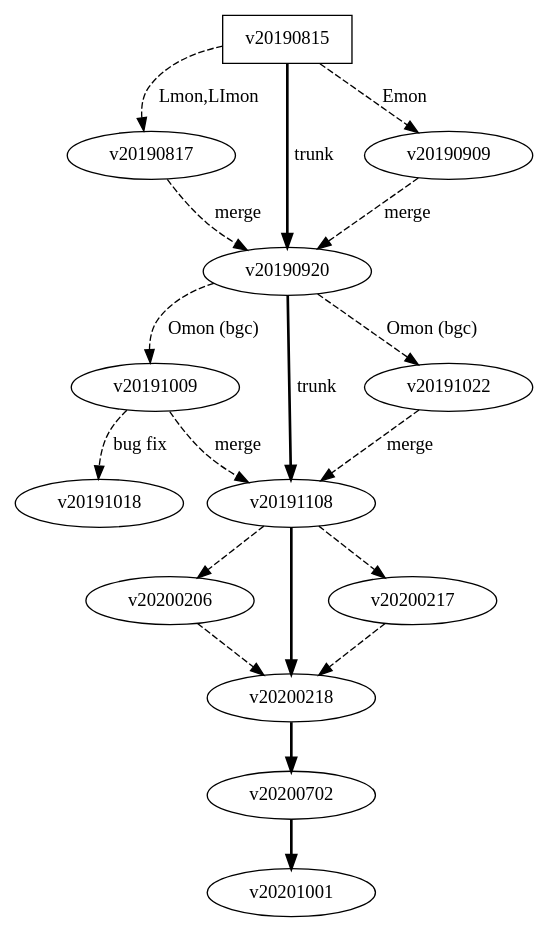
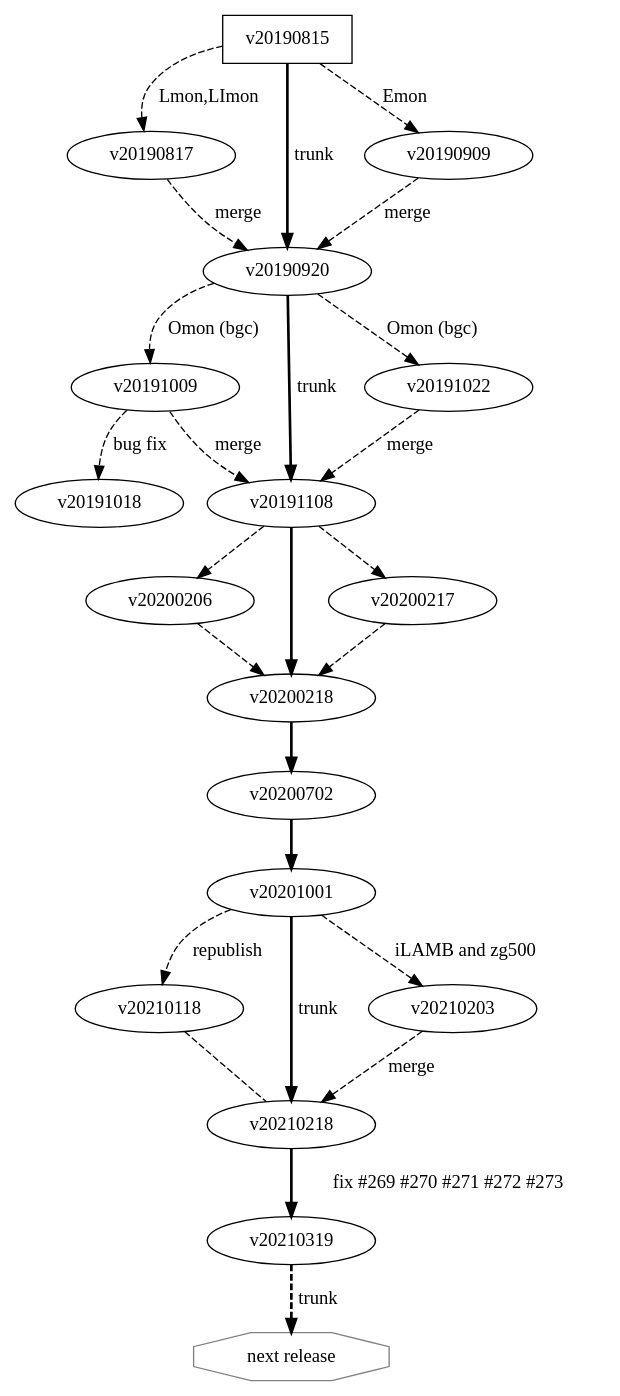
The diagram in versions/versions.gv (NorESMhub/noresm2cmor), drawn with Graphviz before and after one commit. The commit also changed 536 other files, not shown here.

```diff
--- a/versions/versions.gv
+++ b/versions/versions.gv
@@ -1,23 +1,31 @@
  digraph G {
    v20190815 [shape=box;label="v20190815"];
    //v20190920 [shape=box];
    //v20191108 [shape=box];
    v20190815 -> v20190817 [style=dashed,label="Lmon,LImon"];
    v20190815 -> v20190920 [penwidth=2.0,weight="2",label="trunk"];
    v20190815 -> v20190909 [style=dashed,label="Emon"];
    v20190817 -> v20190920 [style=dashed,label="merge"];
    v20190909 -> v20190920 [style=dashed,label="merge"];
    v20190920 -> v20191009 [style=dashed,weight="1",label="Omon (bgc)"];
    v20190920 -> v20191108 [penwidth=2.0,wegith="2",label="trunk"];
    v20190920 -> v20191022 [style=dashed,weight="1",label="Omon (bgc)"];
    v20191009 -> v20191018 [style=dashed,wegith="1",label="bug fix"];
    v20191009 -> v20191108 [style=dashed,wegith="1",label="merge"];
    v20191022 -> v20191108 [style=dashed,wegith="1",label="merge"];
    v20191108 -> v20200206 [style=dashed,weigth="1"];
    v20200206 -> v20200218 [style=dashed,weigth="1"];
    v20191108 -> v20200218 [penwidth=2.0,weigth="2"];
    v20191108 -> v20200217 [style=dashed,weigth="1"];
    v20200217 -> v20200218 [style=dashed,weigth="1"];
    v20200218 -> v20200702 [penwidth=2.0,weigth="2"];
    v20200702 -> v20201001 [penwidth=2.0,weigth="2"];
+   v20201001 -> v20210118 [penwidth=1.0,style=dashed,weigth="1",label="republish"];
+   v20210118 -> v20210218 [penwidth=1.0,arrowhead=none,style=dashed,weigth="1"];
+   v20201001 -> v20210218 [style=solid,penwidth=2.0,weigth="2",label="trunk"];
+   v20201001 -> v20210203 [penwidth=1.0,style=dashed,weigth="1",label="iLAMB and zg500"];
+   v20210203 -> v20210218 [style=dashed,penwidth=1.0,weigth="1",label="merge"];
+   v20210218 -> v20210319 [style=solid,penwidth=2.0,weigth="1",label="fix #269 #270 #271 #272 #273"];
+   "next release" [shape=octagon;color=gray;label="next release"];
+   v20210319 -> "next release" [style=dashed;penwidth=2.0;label="trunk"];
  }
```
